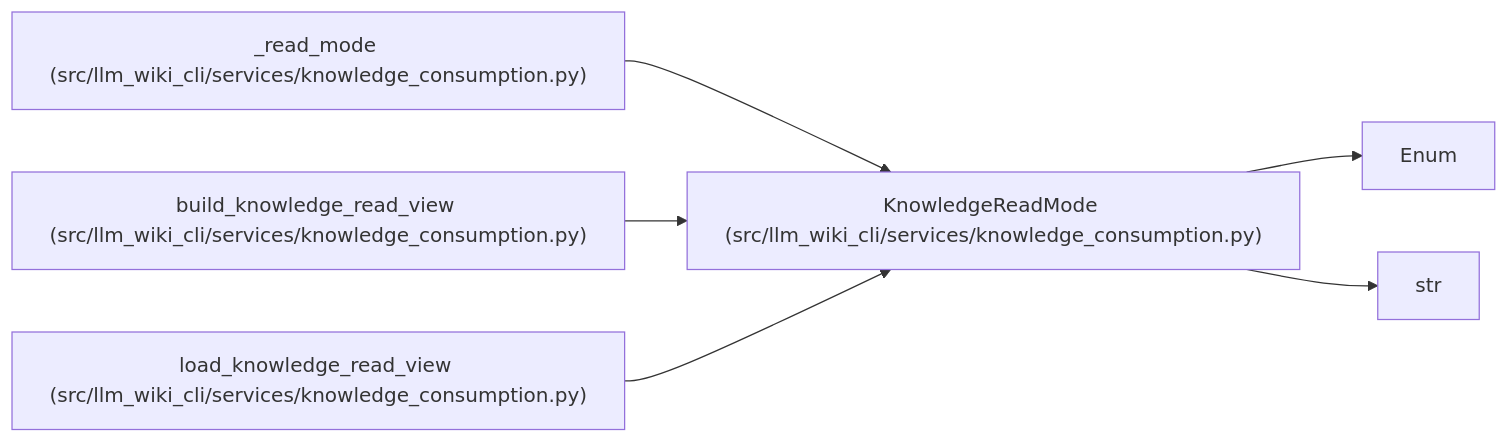
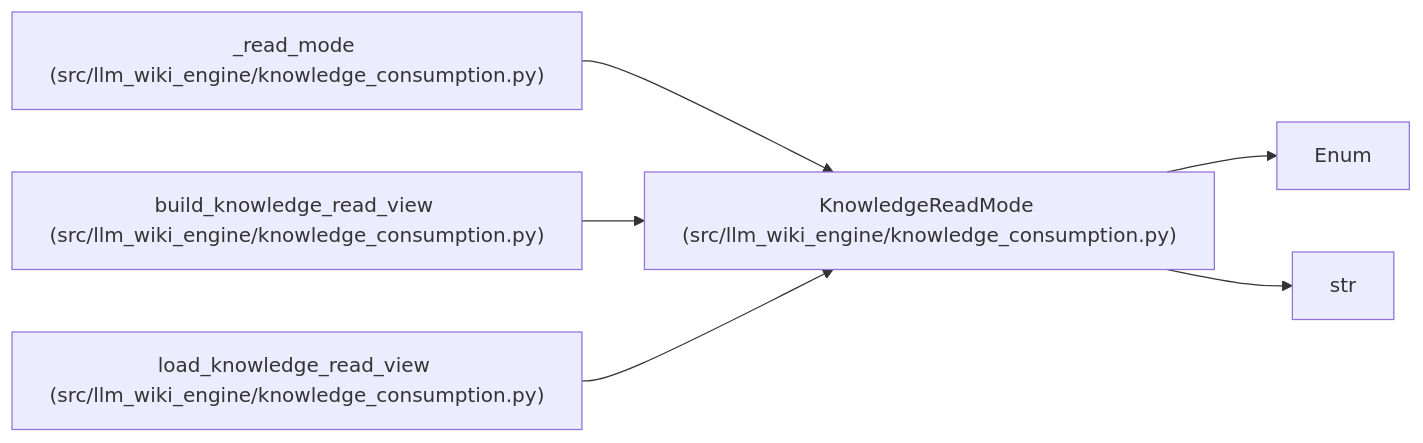
Before and after one commit to Denissvgn/python-wiki-llm: the diagram in docs/llm_wiki/entities/KnowledgeReadMode.md, drawn with Mermaid. The commit also changed other lines of this file and 1058 other files, not shown here.

First line of the commit message:
docs: refresh the wiki for the knowledge store move

````diff
--- a/docs/llm_wiki/entities/KnowledgeReadMode.md
+++ b/docs/llm_wiki/entities/KnowledgeReadMode.md
@@ -27,18 +27,18 @@
 ```mermaid
 flowchart LR
-    n0["KnowledgeReadMode (src/llm_wiki_cli/services/knowledge_consumption.py)"]
+    n0["KnowledgeReadMode (src/llm_wiki_engine/knowledge_consumption.py)"]
     n1["Enum"]
     n2["str"]
-    n3["_read_mode (src/llm_wiki_cli/services/knowledge_consumption.py)"]
-    n4["build_knowledge_read_view (src/llm_wiki_cli/services/knowledge_consumption.py)"]
-    n5["load_knowledge_read_view (src/llm_wiki_cli/services/knowledge_consumption.py)"]
+    n3["_read_mode (src/llm_wiki_engine/knowledge_consumption.py)"]
+    n4["build_knowledge_read_view (src/llm_wiki_engine/knowledge_consumption.py)"]
+    n5["load_knowledge_read_view (src/llm_wiki_engine/knowledge_consumption.py)"]
     n0 --> n1
     n0 --> n2
     n3 --> n0
     n4 --> n0
     n5 --> n0
     click n0 "../modules/knowledge_consumption.md"
     click n3 "../modules/knowledge_consumption.md"
     click n4 "../modules/knowledge_consumption.md"
     click n5 "../modules/knowledge_consumption.md"
 ```
````
